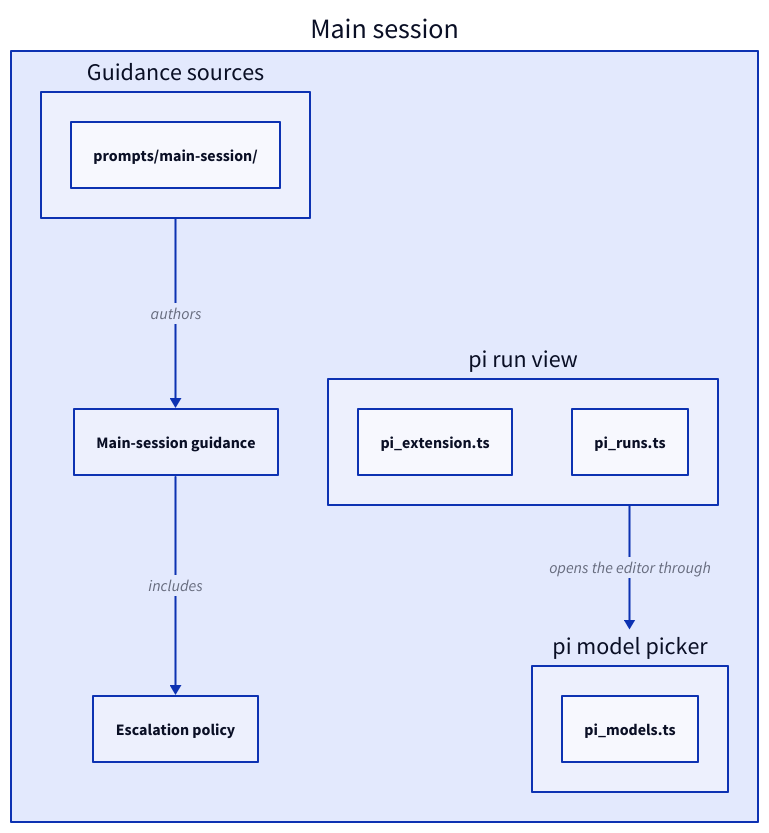
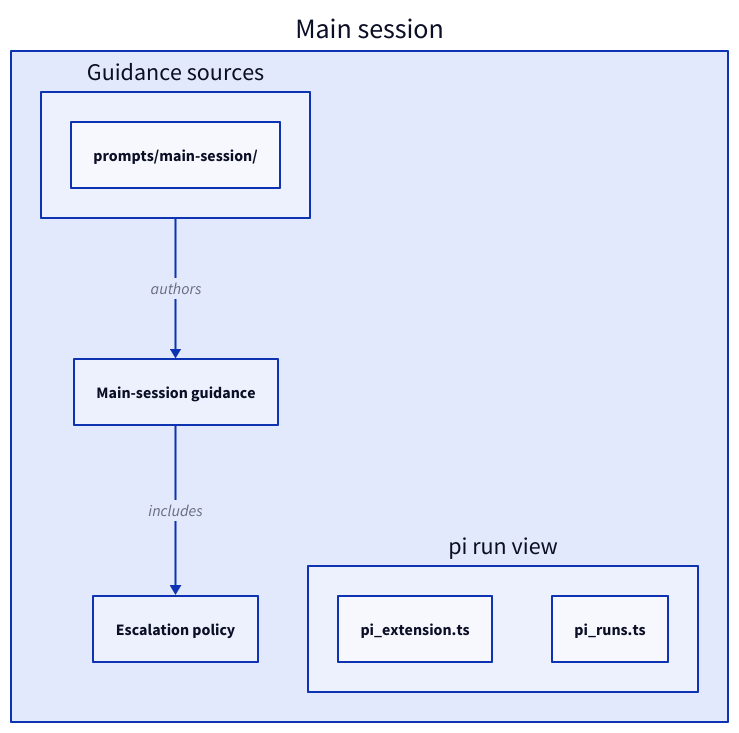
One commit to FTOD/concorde changed the third of 4 diagrams in specs/concorde/coordination/main-session/module.md. Above: the diagram before and after it, drawn with D2. The commit also changed other lines of this file and 92 other files, not shown here.

````diff
--- a/specs/concorde/coordination/main-session/module.md
+++ b/specs/concorde/coordination/main-session/module.md
@@ -483,19 +469,15 @@
 ```d2
 mainsession: Main session {
   sources: Guidance sources {
     "prompts/main-session/"
   }
   guidance: Main-session guidance
   policy: Escalation policy
   view: pi run view {
     "pi_extension.ts"
     "pi_runs.ts"
   }
-  picker: pi model picker {
-    "pi_models.ts"
-  }
   sources -> guidance: authors
   guidance -> policy: includes
-  view -> picker: opens the editor through
 }
 ```
````
